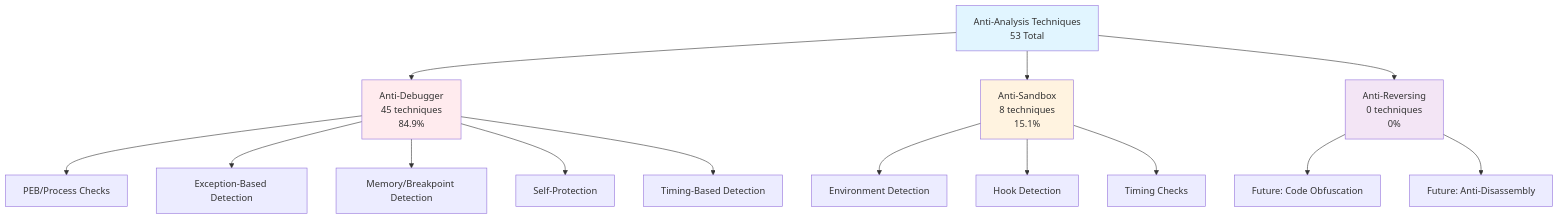
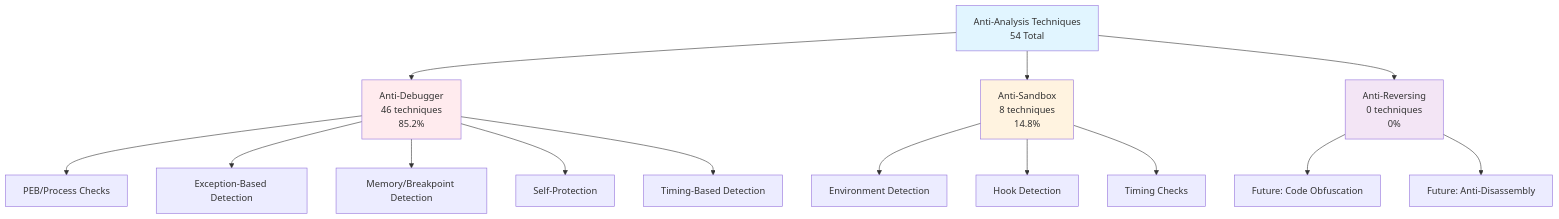
The first of 8 diagrams in docs/diagrams/taxonomy.md (mabj/anti), drawn with Mermaid before and after one commit. The commit also changed other lines of this file and 7 other files, not shown here.

````diff
--- a/docs/diagrams/taxonomy.md
+++ b/docs/diagrams/taxonomy.md
@@ -7,24 +7,24 @@
 ```mermaid
 graph TB
-    A[Anti-Analysis Techniques<br/>53 Total] --> B[Anti-Debugger<br/>45 techniques<br/>84.9%]
-    A --> C[Anti-Sandbox<br/>8 techniques<br/>15.1%]
+    A[Anti-Analysis Techniques<br/>54 Total] --> B[Anti-Debugger<br/>46 techniques<br/>85.2%]
+    A --> C[Anti-Sandbox<br/>8 techniques<br/>14.8%]
     A --> D[Anti-Reversing<br/>0 techniques<br/>0%]
 
     B --> B1[PEB/Process Checks]
     B --> B2[Exception-Based Detection]
     B --> B3[Memory/Breakpoint Detection]
     B --> B4[Self-Protection]
     B --> B5[Timing-Based Detection]
 
     C --> C1[Environment Detection]
     C --> C2[Hook Detection]
     C --> C3[Timing Checks]
 
     D --> D1[Future: Code Obfuscation]
     D --> D2[Future: Anti-Disassembly]
 
     style A fill:#e1f5ff
     style B fill:#ffebee
     style C fill:#fff3e0
     style D fill:#f3e5f5
 ```
````
